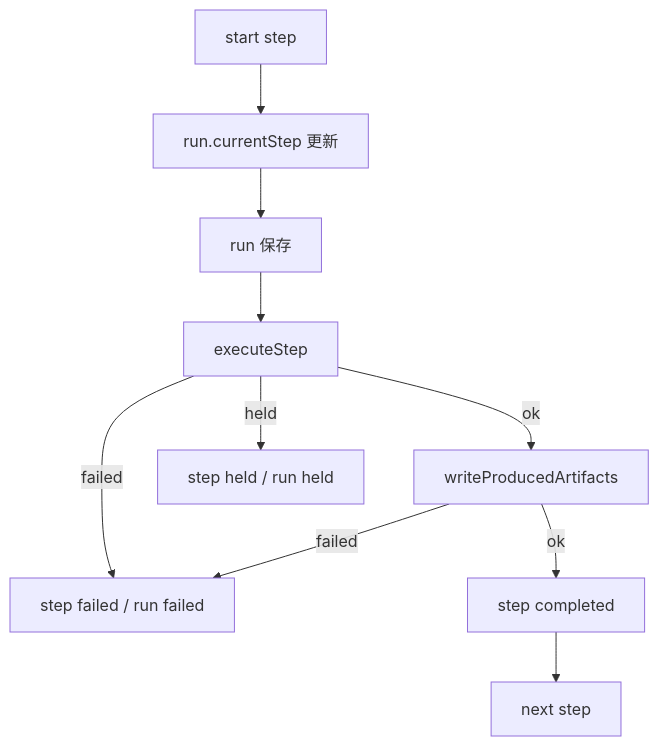
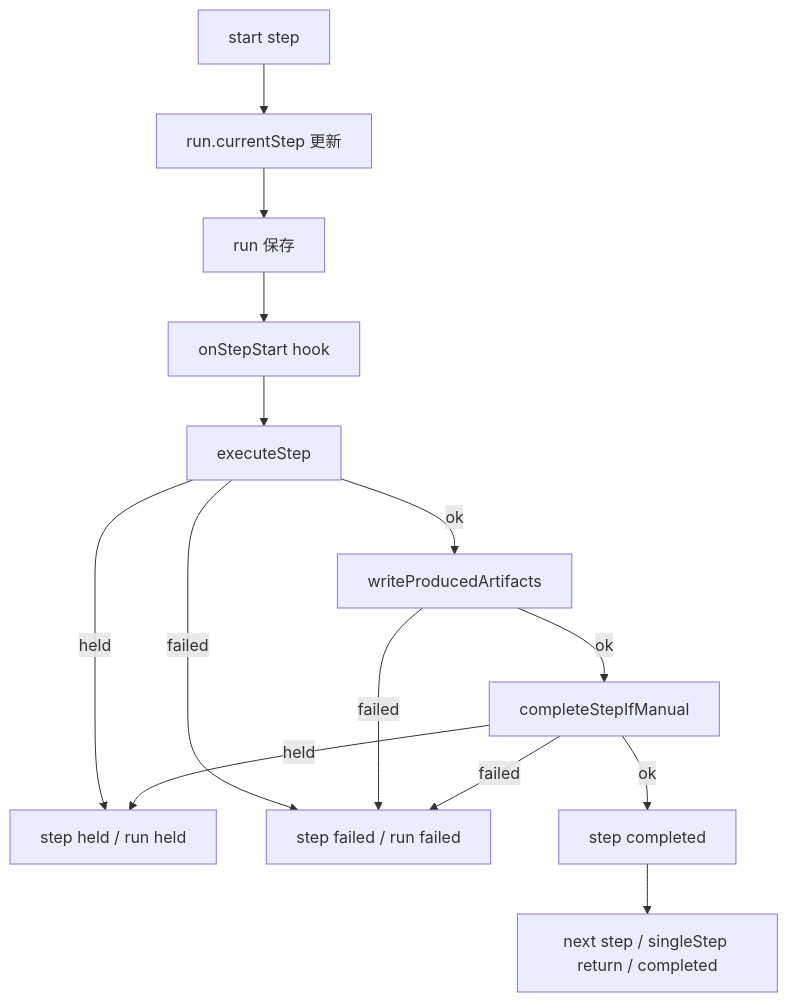
One commit to katamor1/CUSTUM_MODE changed the second of 2 diagrams in v2/extensions/workflow-register/docs/detailed-design-ja.md. Above: the diagram before and after it, drawn with Mermaid. The commit also changed other lines of this file and 59 other files, not shown here.

````diff
--- a/v2/extensions/workflow-register/docs/detailed-design-ja.md
+++ b/v2/extensions/workflow-register/docs/detailed-design-ja.md
@@ -314,12 +366,16 @@
 ```mermaid
 flowchart TD
   A[start step] --> B[run.currentStep 更新]
   B --> C[run 保存]
-  C --> D[executeStep]
-  D -->|ok| E[writeProducedArtifacts]
-  D -->|held| H[step held / run held]
-  D -->|failed| F[step failed / run failed]
-  E -->|ok| G[step completed]
-  E -->|failed| F
-  G --> I[next step]
+  C --> D[onStepStart hook]
+  D --> E[executeStep]
+  E -->|ok| F[writeProducedArtifacts]
+  E -->|held| H[step held / run held]
+  E -->|failed| X[step failed / run failed]
+  F -->|ok| G[completeStepIfManual]
+  F -->|failed| X
+  G -->|ok| I[step completed]
+  G -->|held| H
+  G -->|failed| X
+  I --> J[next step / singleStep return / completed]
 ```
````
